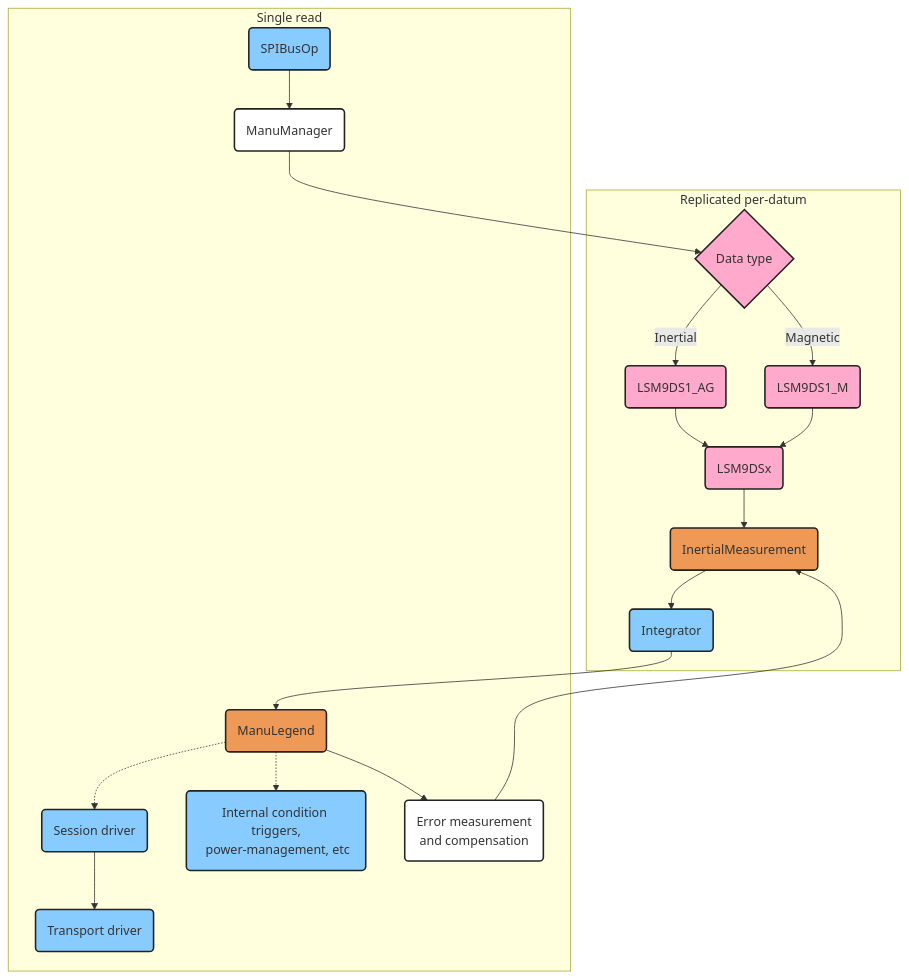
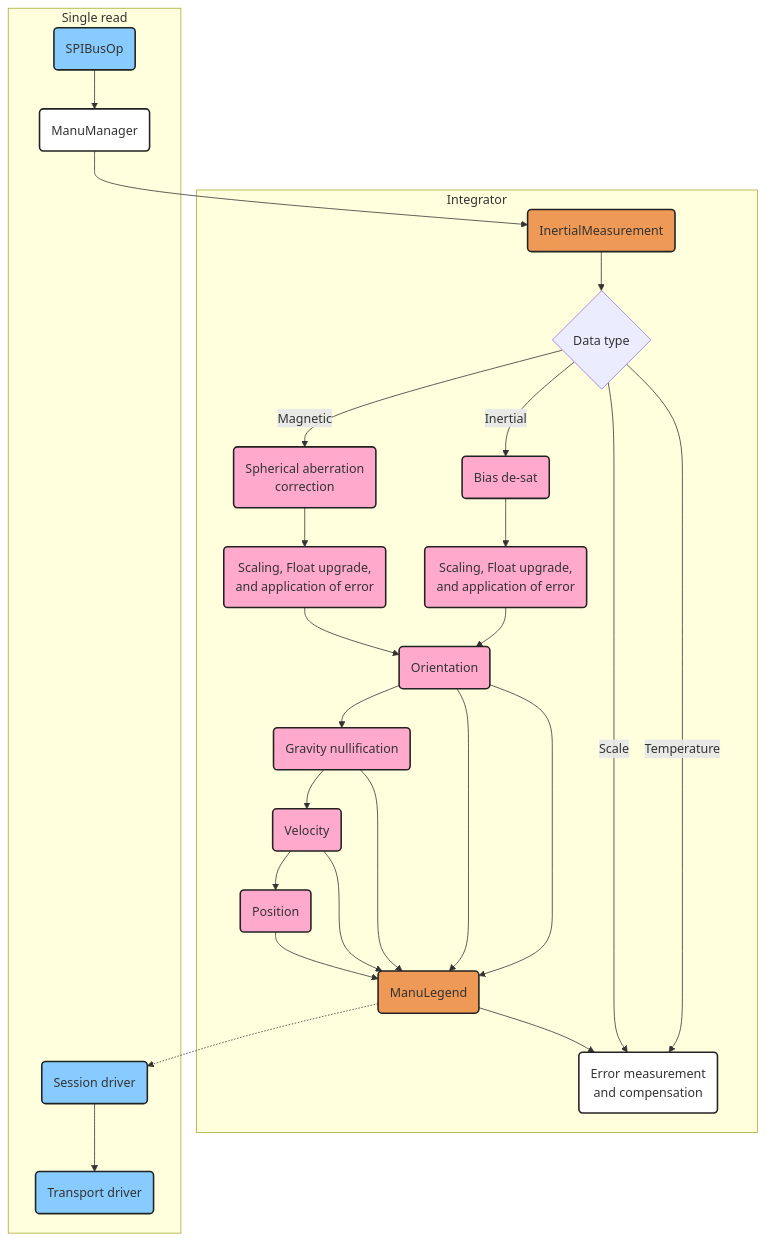
One commit to Manuvr/Digitabulum-Firmware changed the third of 4 diagrams in doc/NOTES.md. Above: the diagram before and after it, drawn with Mermaid. The commit also changed other lines of this file and 8 other files, not shown here.

````diff
--- a/doc/NOTES.md
+++ b/doc/NOTES.md
@@ -53,54 +53,68 @@
   ```{mermaid}
   graph TD
+    a(Scaling, Float upgrade,<br />and application of error)
+    b(Scaling, Float upgrade,<br />and application of error)
     h(SPIBusOp)
-    i(LSM9DS1_AG)
-    j(LSM9DS1_M)
-    k(LSM9DSx)
+    i(Bias de-sat)
+    j(Spherical aberration<br />correction)
+    k(Orientation)
     m(InertialMeasurement)
+    u(Gravity nullification)
+    v(Velocity)
+    w(Position)
     n(ManuManager)
-    o(Integrator)
     p(ManuLegend)
 
     q(Session driver)
     r(Transport driver)
-    s(Internal condition triggers,<br /> power-management, etc)
     t(Error measurement<br /> and compensation)
 
     z{Data type}
 
-    subgraph Replicated per-datum
+    subgraph Integrator
+    m --> z
     z -->|Inertial| i
     z -->|Magnetic| j
-    i --> k
-    j --> k
-    k --> m
-    m --> o
+    z -->|Temperature| t
+    z -->|Scale| t
+    i --> a
+    a --> k
+    j --> b
+    b --> k
+    k --> u
+    u --> v
+    v --> w
+    k --> p
+
+    k --> p
+    u --> p
+    v --> p
+    w --> p
     end
 
     subgraph Single read
-    t --> m
     p --> t
     h --> n
-    n --> z
-    o --> p
-    p -.-> s
+    n --> m
     p -.-> q
     q --> r
     end
 
     style h fill:#8Cf,stroke:#222,stroke-width:2px;
     style i fill:#fac,stroke:#222,stroke-width:2px;
     style j fill:#fac,stroke:#222,stroke-width:2px;
     style k fill:#fac,stroke:#222,stroke-width:2px;
     style m fill:#e95,stroke:#222,stroke-width:2px;
     style n fill:#fff,stroke:#222,stroke-width:2px;
 
-    style o fill:#8Cf,stroke:#222,stroke-width:2px;
     style p fill:#e95,stroke:#222,stroke-width:2px;
     style q fill:#8Cf,stroke:#222,stroke-width:2px;
     style r fill:#8Cf,stroke:#222,stroke-width:2px;
-    style s fill:#8Cf,stroke:#222,stroke-width:2px;
     style t fill:#fff,stroke:#222,stroke-width:2px;
 
-    style z fill:#fac,stroke:#222,stroke-width:2px;
+    style a fill:#fac,stroke:#222,stroke-width:2px;
+    style b fill:#fac,stroke:#222,stroke-width:2px;
+    style u fill:#fac,stroke:#222,stroke-width:2px;
+    style v fill:#fac,stroke:#222,stroke-width:2px;
+    style w fill:#fac,stroke:#222,stroke-width:2px;
   ```
````
